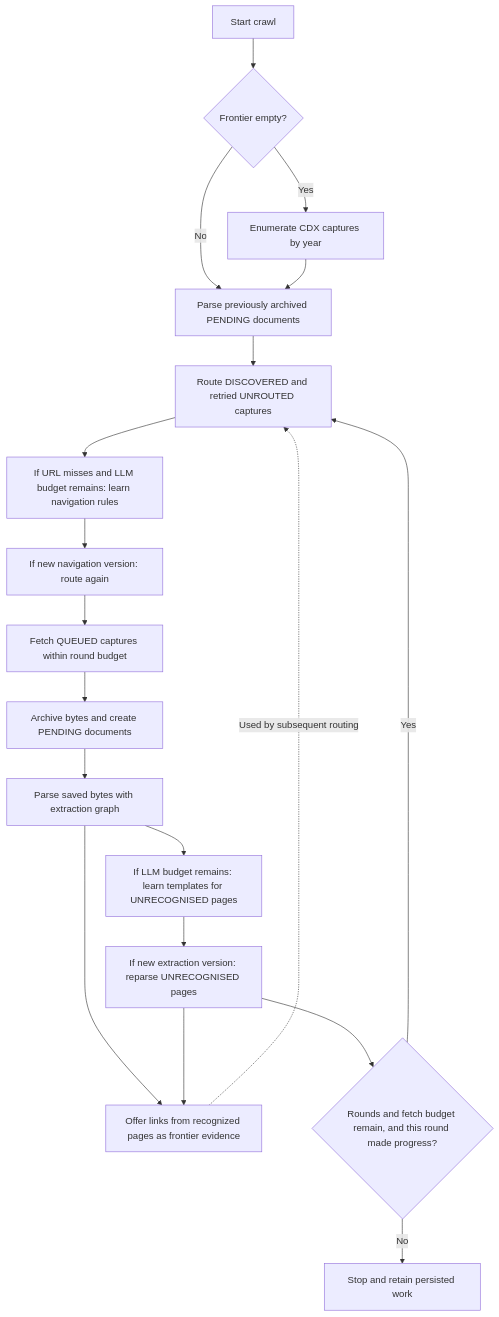
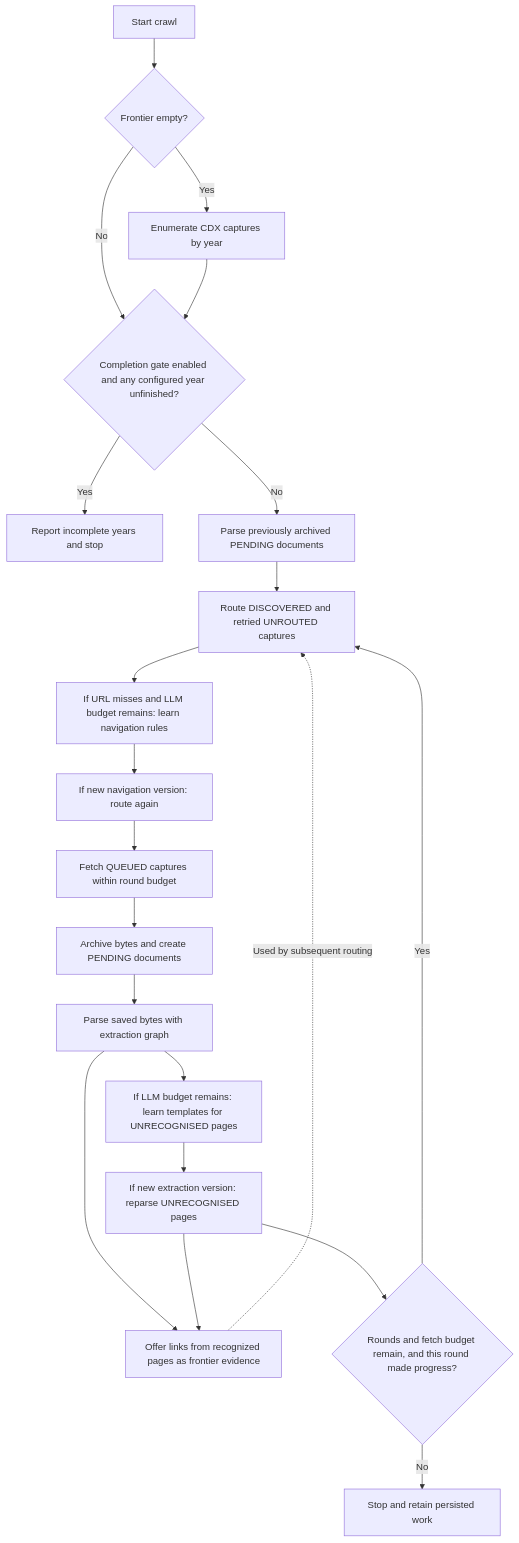
One commit to fakhrytatanaki/realestate-analysis changed the first of 5 diagrams in docs/wayback-crawler-state-machine.md. Above: the diagram before and after it, drawn with Mermaid. The commit also changed other lines of this file and 17 other files, not shown here.

````diff
--- a/docs/wayback-crawler-state-machine.md
+++ b/docs/wayback-crawler-state-machine.md
@@ -38,21 +38,23 @@
 ```mermaid
 flowchart TD
     Start[Start crawl] --> Empty{Frontier empty?}
     Empty -->|Yes| CDX[Enumerate CDX captures by year]
-    Empty -->|No| Pending[Parse previously archived PENDING documents]
-    CDX --> Pending
+    Empty -->|No| Gate{Completion gate enabled and any configured year unfinished?}
+    CDX --> Gate
+    Gate -->|Yes| Hold[Report incomplete years and stop]
+    Gate -->|No| Pending[Parse previously archived PENDING documents]
     Pending --> Route[Route DISCOVERED and retried UNROUTED captures]
     Route --> Nav[If URL misses and LLM budget remains: learn navigation rules]
     Nav --> Reroute[If new navigation version: route again]
     Reroute --> Fetch[Fetch QUEUED captures within round budget]
     Fetch --> Save[Archive bytes and create PENDING documents]
     Save --> Parse[Parse saved bytes with extraction graph]
     Parse --> Learn[If LLM budget remains: learn templates for UNRECOGNISED pages]
     Learn --> Replay[If new extraction version: reparse UNRECOGNISED pages]
     Parse --> Links[Offer links from recognized pages as frontier evidence]
     Replay --> Links
     Links -.->|Used by subsequent routing| Route
     Replay --> Continue{"Rounds and fetch budget remain, and this round made progress?"}
     Continue -->|Yes| Route
     Continue -->|No| Stop[Stop and retain persisted work]
 ```
````
